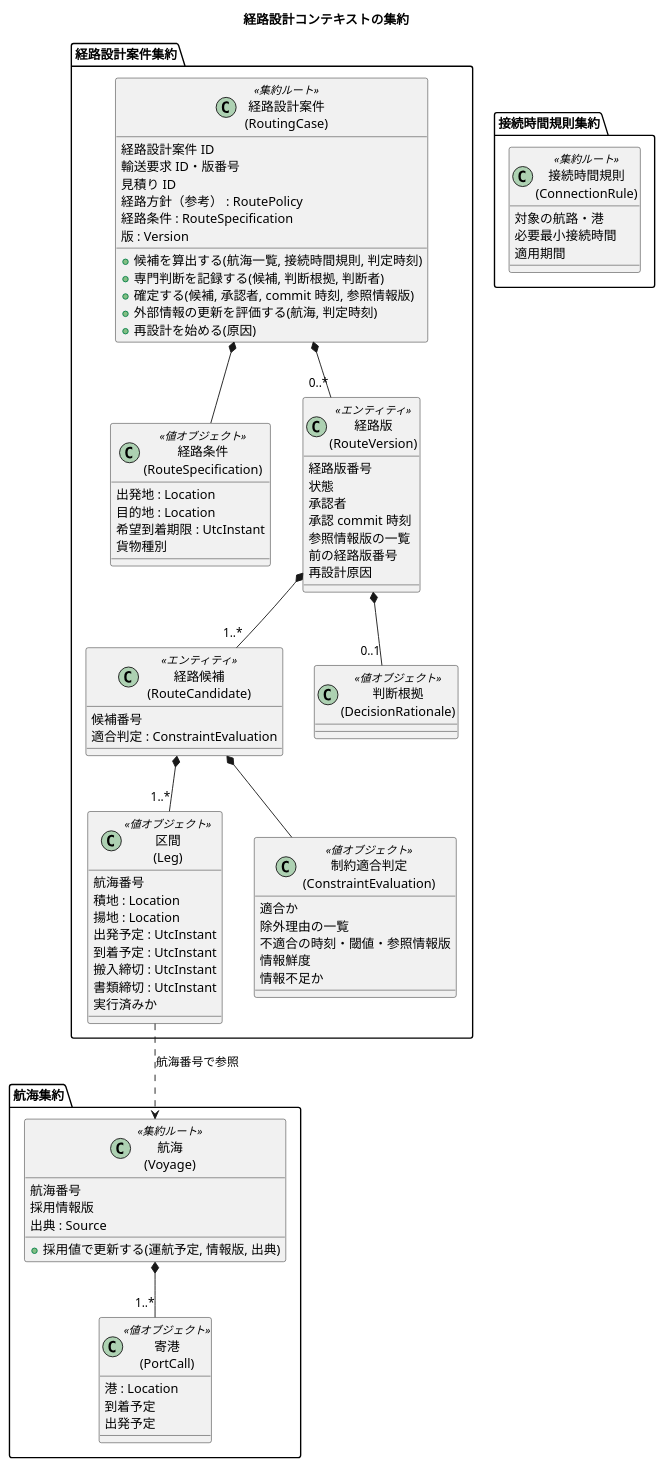
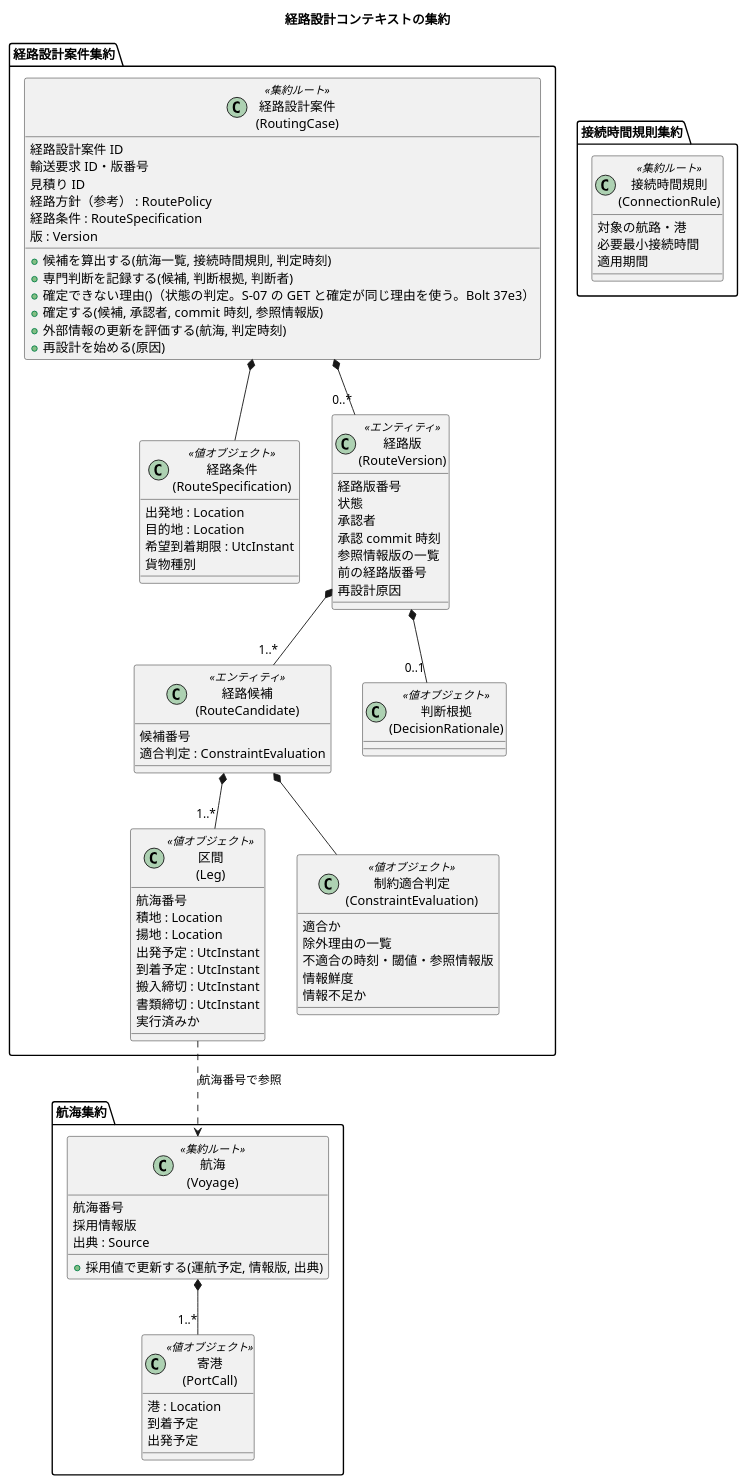
Before and after one commit to k2works/practical-domain-driven-design-in-enterpris-application: the sixth of 23 diagrams in docs/design/cargo-tracker/domain_model.md, drawn with PlantUML. The commit also changed other lines of this file and 6 other files, not shown here.

```diff
--- a/docs/design/cargo-tracker/domain_model.md
+++ b/docs/design/cargo-tracker/domain_model.md
@@ -640,6 +648,7 @@
     版 : Version
     + 候補を算出する(航海一覧, 接続時間規則, 判定時刻)
     + 専門判断を記録する(候補, 判断根拠, 判断者)
+    + 確定できない理由()（状態の判定。S-07 の GET と確定が同じ理由を使う。Bolt 37e3）
     + 確定する(候補, 承認者, commit 時刻, 参照情報版)
     + 外部情報の更新を評価する(航海, 判定時刻)
     + 再設計を始める(原因)
```
